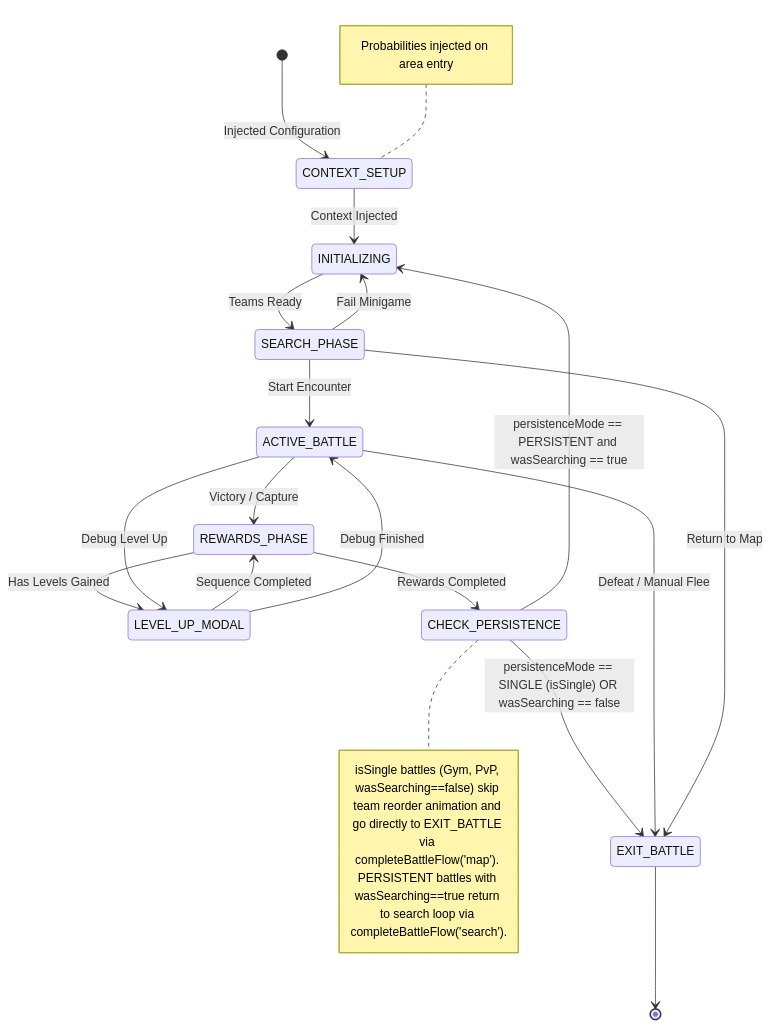
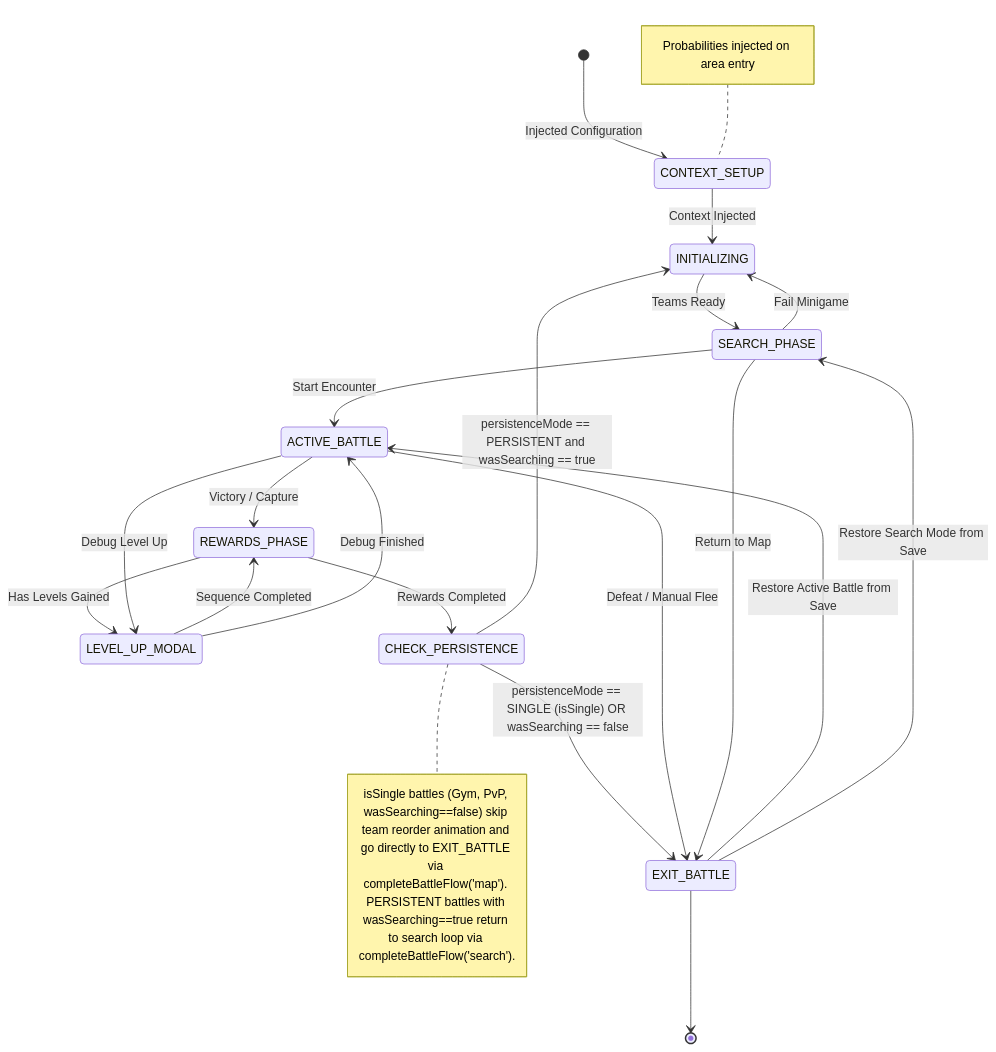
The second of 18 diagrams in .agents/skills/project-standards/references/battle/battle_mechanics_manual.md (Darkham77/PokeBorrador), drawn with Mermaid before and after one commit. The commit also changed 40 other files, not shown here.

````diff
--- a/.agents/skills/project-standards/references/battle/battle_mechanics_manual.md
+++ b/.agents/skills/project-standards/references/battle/battle_mechanics_manual.md
@@ -424,30 +424,32 @@
 ```mermaid
 stateDiagram-v2
     [*] --> CONTEXT_SETUP : Injected Configuration
     CONTEXT_SETUP --> INITIALIZING : Context Injected
 
     INITIALIZING --> SEARCH_PHASE : Teams Ready
 
     REWARDS_PHASE --> LEVEL_UP_MODAL : Has Levels Gained
     LEVEL_UP_MODAL --> REWARDS_PHASE : Sequence Completed
 
     REWARDS_PHASE --> CHECK_PERSISTENCE : Rewards Completed
 
     state CHECK_PERSISTENCE <<choice>>
     CHECK_PERSISTENCE --> INITIALIZING : persistenceMode == PERSISTENT and wasSearching == true
     CHECK_PERSISTENCE --> EXIT_BATTLE : persistenceMode == SINGLE (isSingle) OR wasSearching == false
 
     ACTIVE_BATTLE --> EXIT_BATTLE : Defeat / Manual Flee
     ACTIVE_BATTLE --> REWARDS_PHASE : Victory / Capture
     ACTIVE_BATTLE --> LEVEL_UP_MODAL : Debug Level Up
     LEVEL_UP_MODAL --> ACTIVE_BATTLE : Debug Finished
 
     SEARCH_PHASE --> ACTIVE_BATTLE : Start Encounter
     SEARCH_PHASE --> EXIT_BATTLE : Return to Map
     SEARCH_PHASE --> INITIALIZING : Fail Minigame
 
+    EXIT_BATTLE --> ACTIVE_BATTLE : Restore Active Battle from Save
+    EXIT_BATTLE --> SEARCH_PHASE : Restore Search Mode from Save
     EXIT_BATTLE --> [*]
 
     note left of CONTEXT_SETUP: Probabilities injected on area entry
     note right of CHECK_PERSISTENCE: isSingle battles (Gym, PvP, wasSearching==false) skip team reorder animation and go directly to EXIT_BATTLE via completeBattleFlow('map'). PERSISTENT battles with wasSearching==true return to search loop via completeBattleFlow('search').
 ```
````
